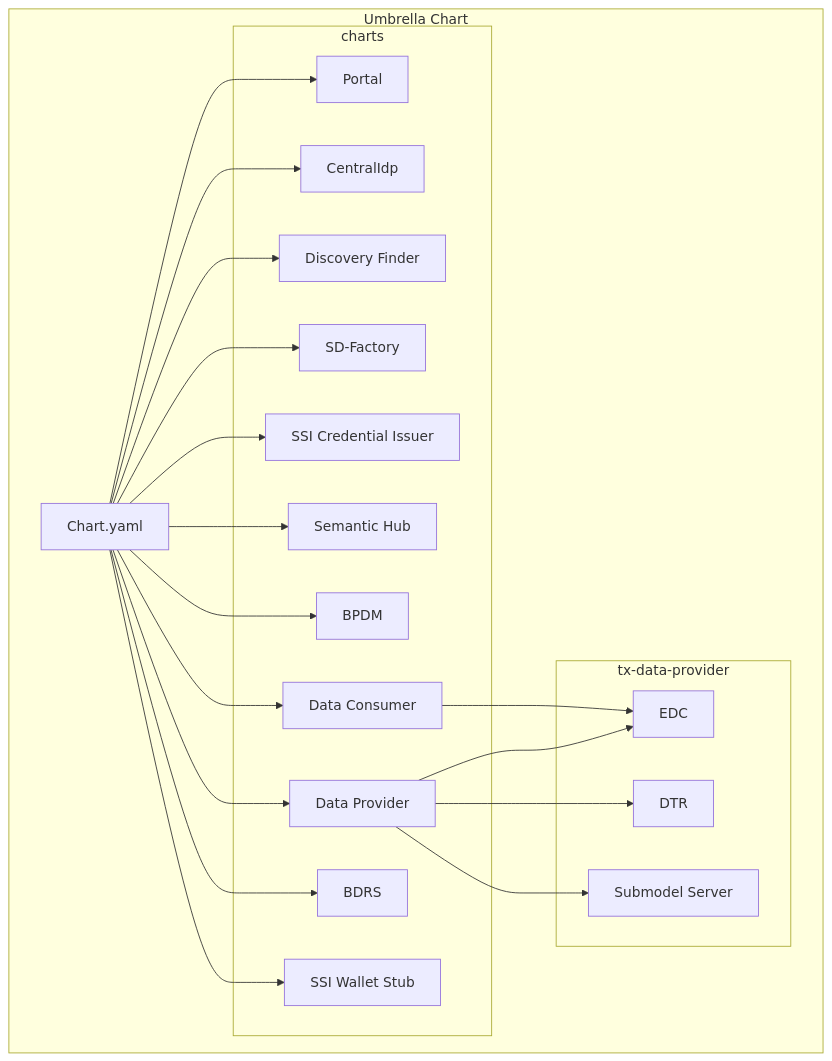
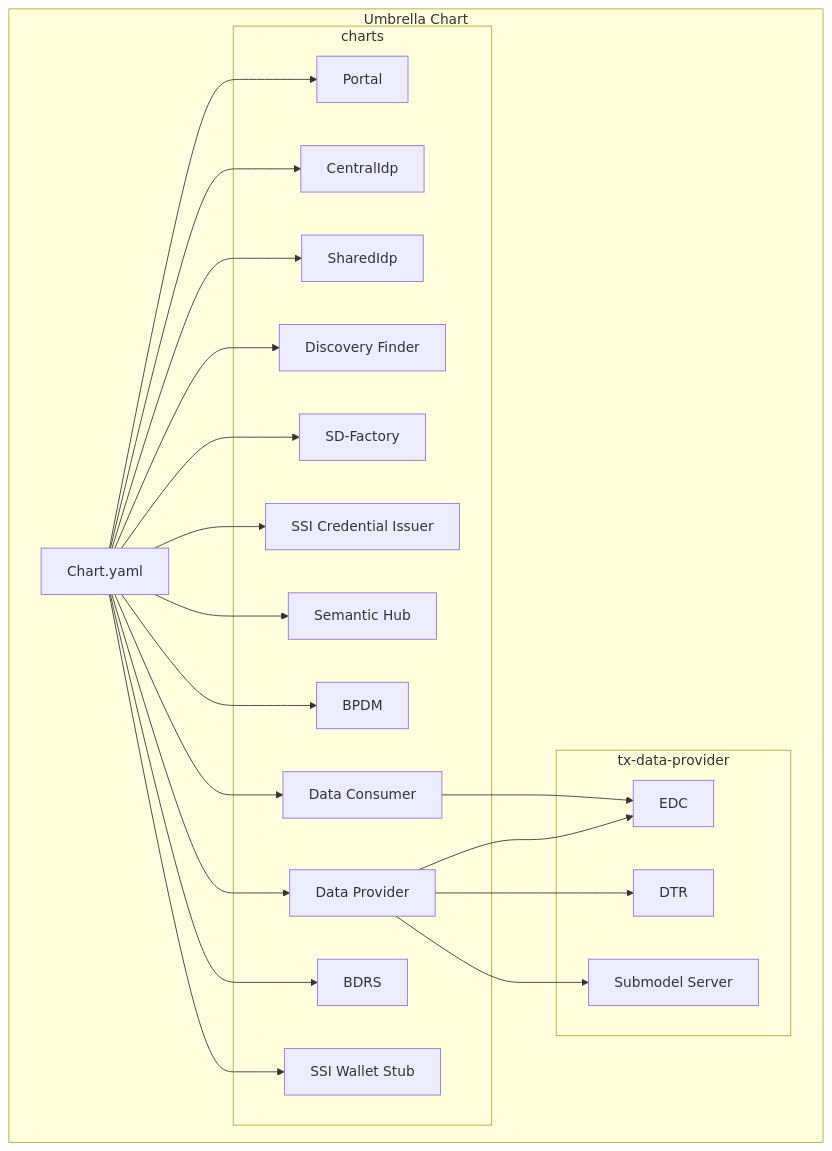
Before and after one commit to eclipse-tractusx/tractus-x-umbrella: the first of 8 diagrams in docs/concept/TAP7.1-solution-design.md, drawn with Mermaid. The commit also changed other lines of this file, not shown here.

`````diff
--- a/docs/concept/TAP7.1-solution-design.md
+++ b/docs/concept/TAP7.1-solution-design.md
@@ -133,40 +133,42 @@
 ````mermaid
 flowchart
     subgraph "Umbrella Chart"
         ChartYaml["Chart.yaml"]
         subgraph charts
             Portal["Portal"]
             CentralIdp["CentralIdp"]
+            SharedIdp["SharedIdp"]
             DiscoveryFinder["Discovery Finder"]
             SDFactory["SD-Factory"]
             SSICredentialIssuer["SSI Credential Issuer"]
             SemanticHub["Semantic Hub"]
             BPDM["BPDM"]
             DataConsumer["Data Consumer"]
             DataProvider["Data Provider"]
             BDRS["BDRS"]
             SSIWalletStub["SSI Wallet Stub"]
         end
         subgraph "tx-data-provider"
             EDC["EDC"]
             DTR["DTR"]
             SubmodelServer["Submodel Server"]
         end
     end
 
     ChartYaml --> Portal
     ChartYaml --> CentralIdp
+    ChartYaml --> SharedIdp
     ChartYaml --> DiscoveryFinder
     ChartYaml --> SDFactory
     ChartYaml --> SSICredentialIssuer
     ChartYaml --> SemanticHub
     ChartYaml --> BPDM
     ChartYaml --> DataConsumer
     ChartYaml --> DataProvider
     ChartYaml --> BDRS
     ChartYaml --> SSIWalletStub
     DataConsumer --> EDC
     DataProvider --> EDC
     DataProvider --> DTR
     DataProvider --> SubmodelServer
 ````
`````
